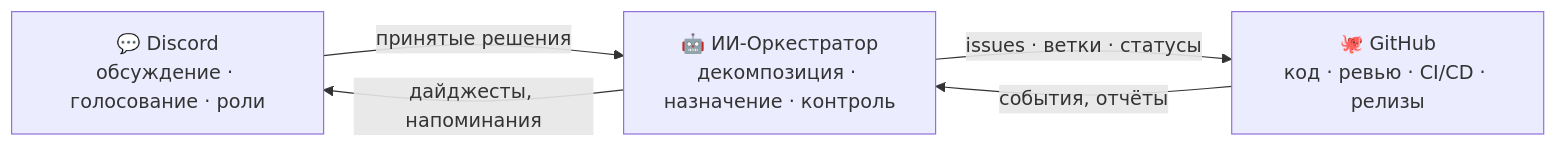
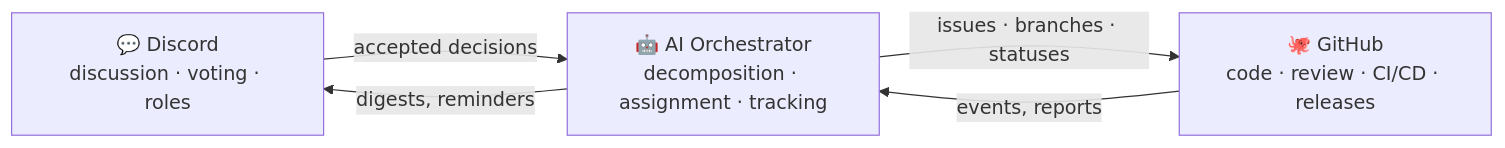
One commit to skillariatop/Tower_of_Babel changed the diagram in README.md. Above: the diagram before and after it, drawn with Mermaid. The commit also changed other lines of this file and 19 other files, not shown here.

````diff
--- a/README.md
+++ b/README.md
@@ -14,7 +16,7 @@
 ```mermaid
 flowchart LR
-    D[💬 Discord<br/>обсуждение · голосование · роли] -->|принятые решения| AI[🤖 ИИ-Оркестратор<br/>декомпозиция · назначение · контроль]
-    AI -->|issues · ветки · статусы| G[🐙 GitHub<br/>код · ревью · CI/CD · релизы]
-    G -->|события, отчёты| AI
-    AI -->|дайджесты, напоминания| D
+    D[💬 Discord<br/>discussion · voting · roles] -->|accepted decisions| AI[🤖 AI Orchestrator<br/>decomposition · assignment · tracking]
+    AI -->|issues · branches · statuses| G[🐙 GitHub<br/>code · review · CI/CD · releases]
+    G -->|events, reports| AI
+    AI -->|digests, reminders| D
 ```
````
